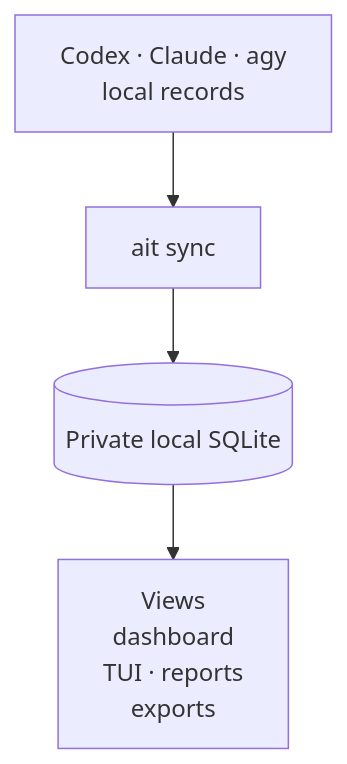
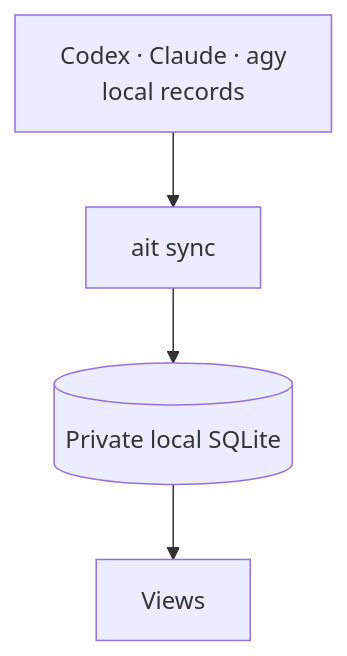
Before and after one commit to spencer-life/ai-tracker: the first of 2 diagrams in README.md, drawn with Mermaid. The commit also changed other lines of this file, not shown here.

Commit message:
docs: avoid mobile diagram control overlap

````diff
--- a/README.md
+++ b/README.md
@@ -61,8 +61,8 @@
 ```mermaid
 flowchart TD
   A["Codex · Claude · agy<br/>local records"]
   B["ait sync"]
   C[("Private local SQLite")]
-  D["Views<br/>dashboard<br/>TUI · reports<br/>exports"]
+  D["Views"]
   A --> B --> C --> D
 ```
````
